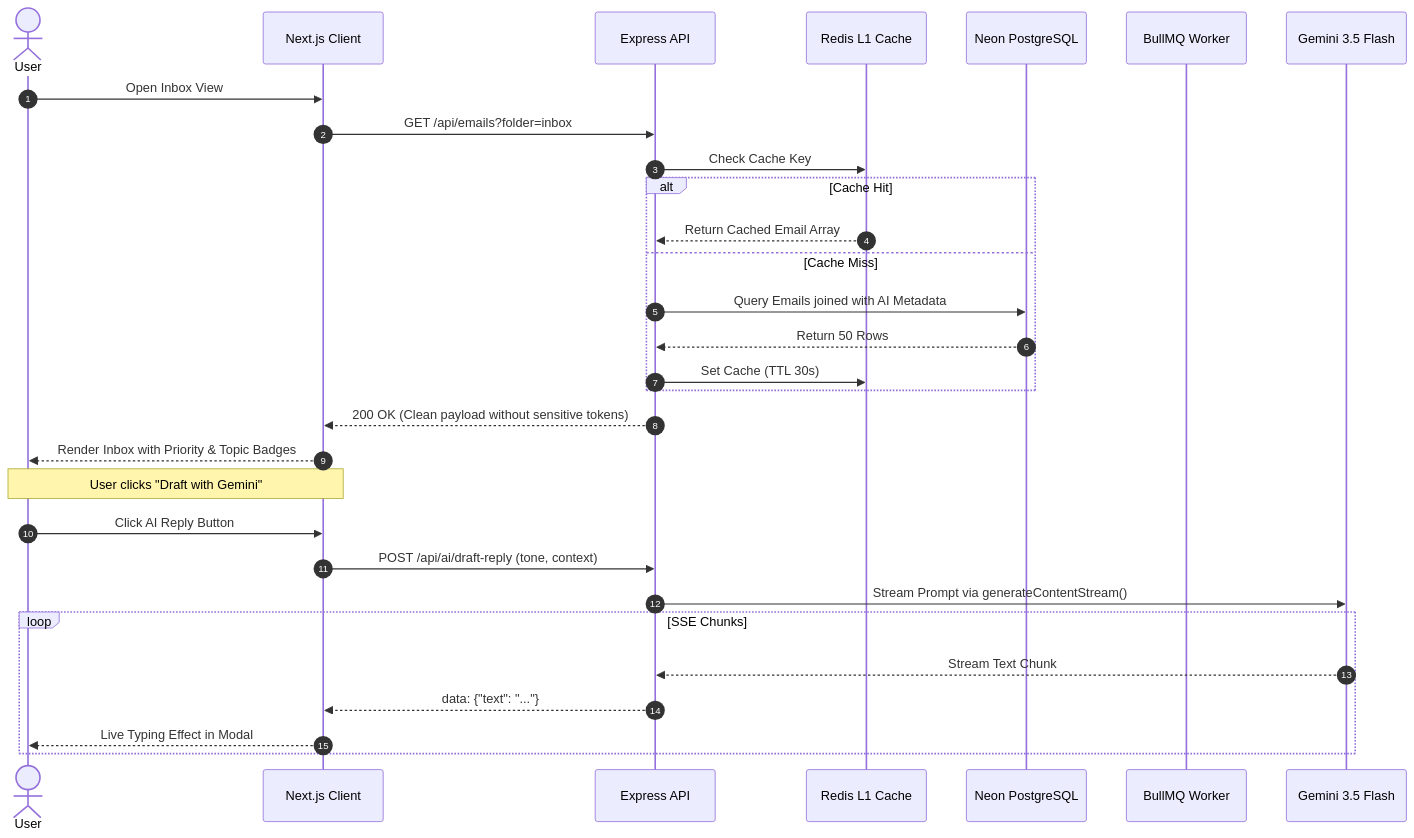
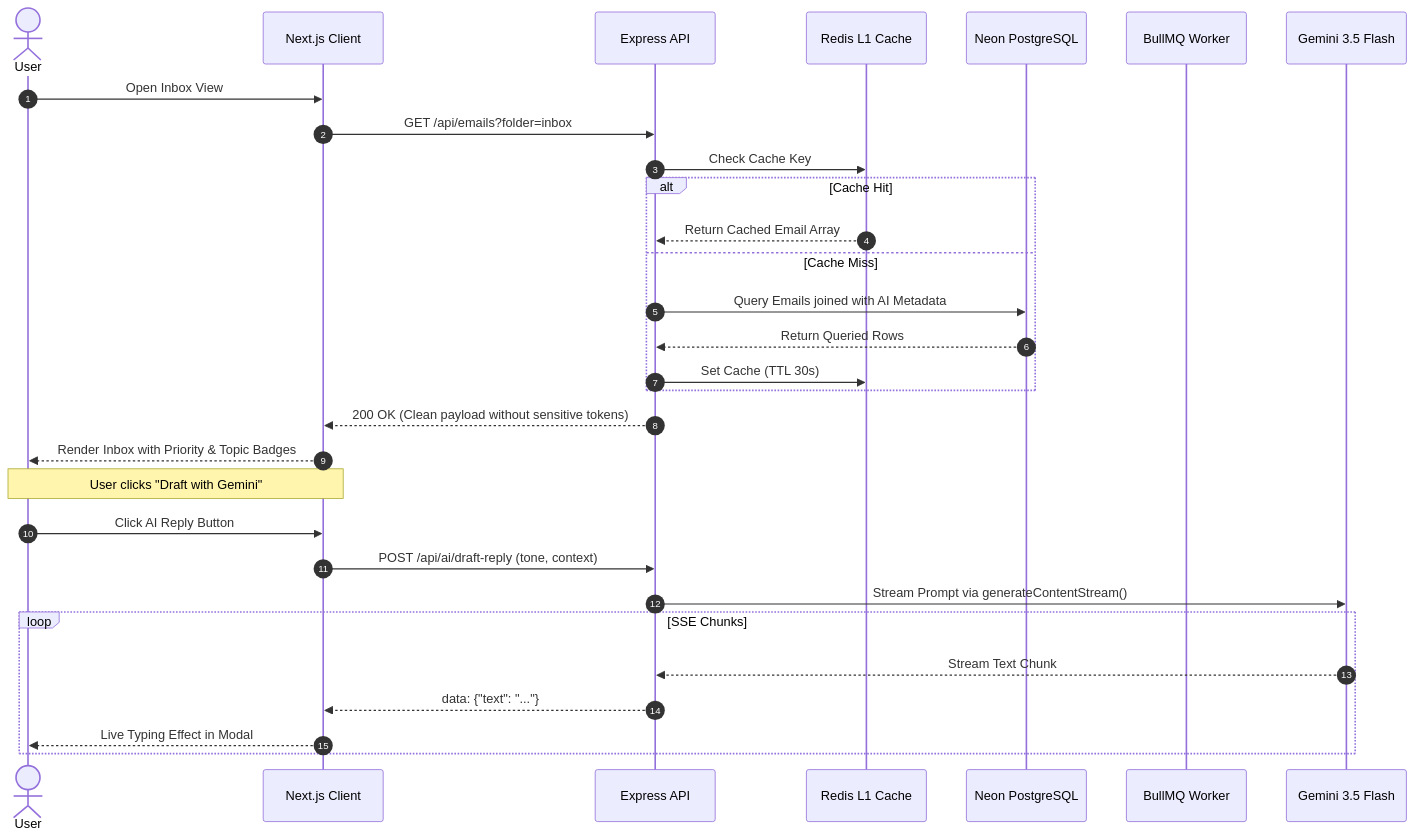
Before and after one commit to PiyushY111/Streamline: the second of 2 diagrams in docs/architecture/system-overview.md, drawn with Mermaid. The commit also changed other lines of this file and 9 other files, not shown here.

````diff
--- a/docs/architecture/system-overview.md
+++ b/docs/architecture/system-overview.md
@@ -129,34 +129,34 @@
 ```mermaid
 sequenceDiagram
     autonumber
     actor User
     participant Client as Next.js Client
     participant API as Express API
     participant Cache as Redis L1 Cache
     participant DB as Neon PostgreSQL
     participant Worker as BullMQ Worker
     participant Gemini as Gemini 3.5 Flash
 
     User->>Client: Open Inbox View
     Client->>API: GET /api/emails?folder=inbox
     API->>Cache: Check Cache Key
     alt Cache Hit
         Cache-->>API: Return Cached Email Array
     else Cache Miss
         API->>DB: Query Emails joined with AI Metadata
-        DB-->>API: Return 50 Rows
+        DB-->>API: Return Queried Rows
         API->>Cache: Set Cache (TTL 30s)
     end
     API-->>Client: 200 OK (Clean payload without sensitive tokens)
     Client-->>User: Render Inbox with Priority & Topic Badges
 
     Note over User,Client: User clicks "Draft with Gemini"
     User->>Client: Click AI Reply Button
     Client->>API: POST /api/ai/draft-reply (tone, context)
     API->>Gemini: Stream Prompt via generateContentStream()
     loop SSE Chunks
         Gemini-->>API: Stream Text Chunk
         API-->>Client: data: {"text": "..."}
         Client-->>User: Live Typing Effect in Modal
     end
 ```
````
